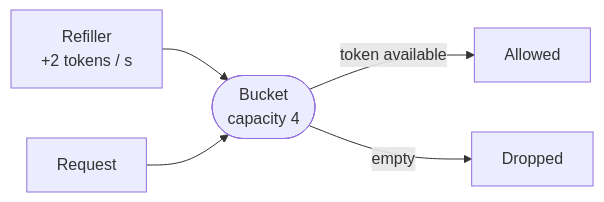
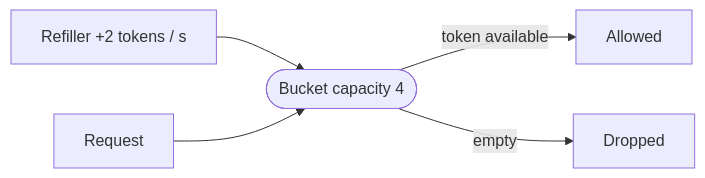
Before and after one commit to sharifndlovu123/knowledge_base_map: the second of 3 diagrams in Collection/03. Programming/14. System Design/4. Reliability Patterns.md, drawn with Mermaid. The commit also changed other lines of this file and 9 other files, not shown here.

First line of the commit message:
Add diagram viewer; fix line breaks in new diagrams

````diff
--- a/Collection/03. Programming/14. System Design/4. Reliability Patterns.md
+++ b/Collection/03. Programming/14. System Design/4. Reliability Patterns.md
@@ -31,7 +31,7 @@
 ```mermaid
 flowchart LR
-    R[Refiller<br/>+2 tokens / s] --> B(["Bucket<br/>capacity 4"])
+    R[Refiller +2 tokens / s] --> B(["Bucket capacity 4"])
     Q[Request] --> B
     B -- token available --> OK[Allowed]
     B -- empty --> NO[Dropped]
 ```
````
